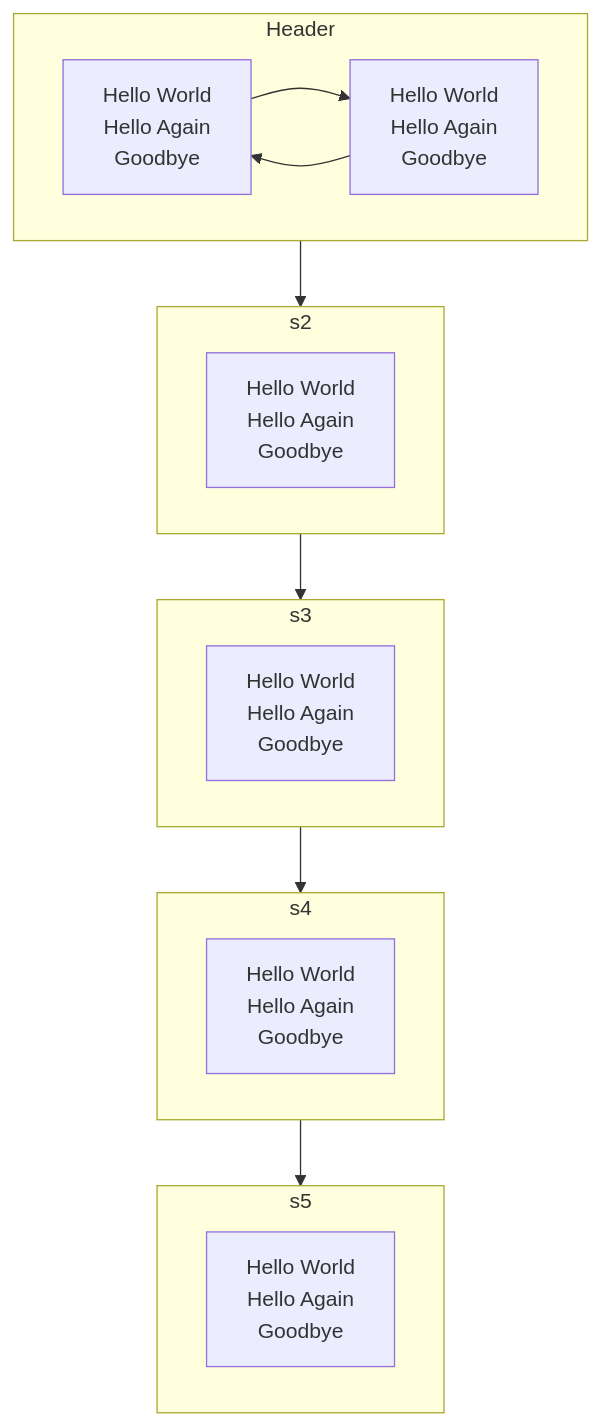
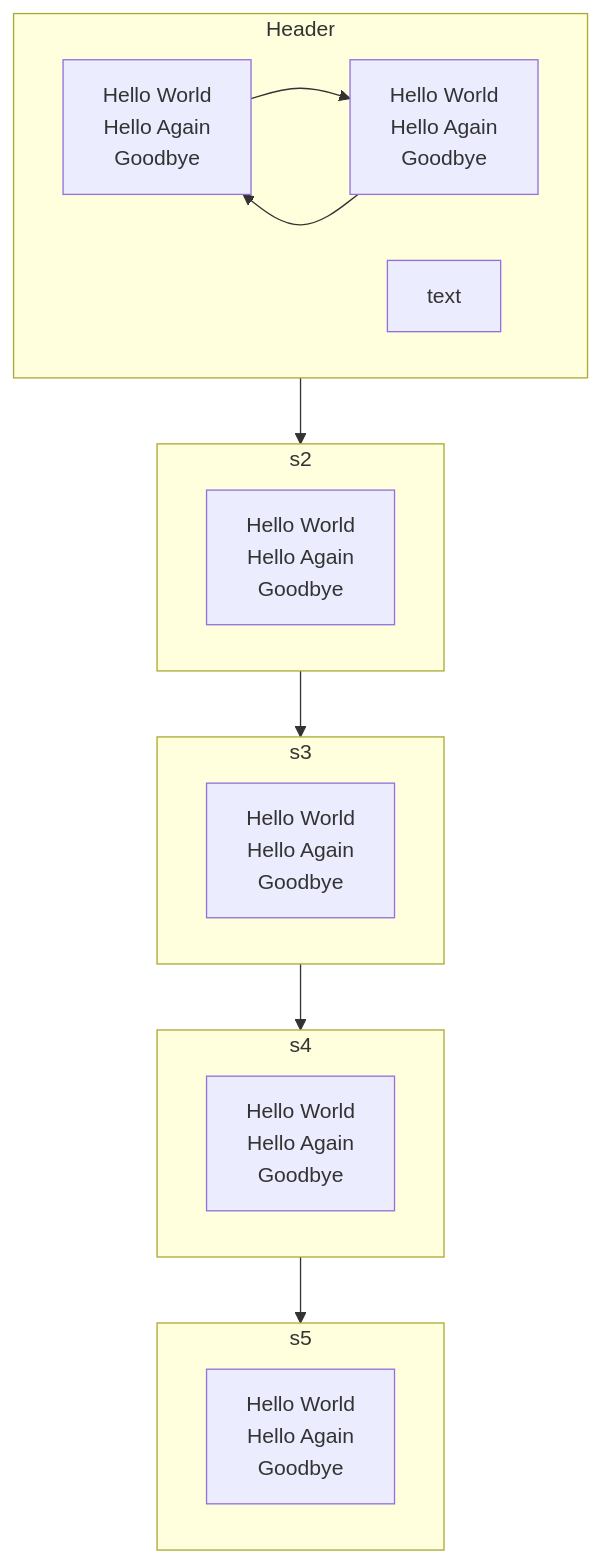
One commit to Alex-Rafter/wiki changed the diagram in daily/2023-05-13.md. Above: the diagram before and after it, drawn with Mermaid.

````diff
--- a/daily/2023-05-13.md
+++ b/daily/2023-05-13.md
@@ -5,62 +5,63 @@
 ```mermaid
 
 flowchart TD
 s1 --> s2
 s2 --> s3
 s3 --> s4
 s4 --> s5
 
 subgraph s1["Header"]
 
 direction LR
 
 s1Problems["
     Hello World
     Hello Again
     Goodbye
     "]
 
 s1DesProblems["
     Hello World
     Hello Again
     Goodbye
 "]
 
 s1Problems --> s1DesProblems
+text
 s1DesProblems --> s1Problems
 
 end
 
 subgraph s2
 s2Problems["
     Hello World
     Hello Again
     Goodbye
     "]
 end
 
 subgraph s3
 s3Problems["
     Hello World
     Hello Again
     Goodbye
     "]
 end
 
 subgraph s4
 s4Problems["
     Hello World
     Hello Again
     Goodbye
     "]
 end
 
 subgraph s5
 s5Problems["
     Hello World
     Hello Again
     Goodbye
     "]
 end
 
 ```
````
